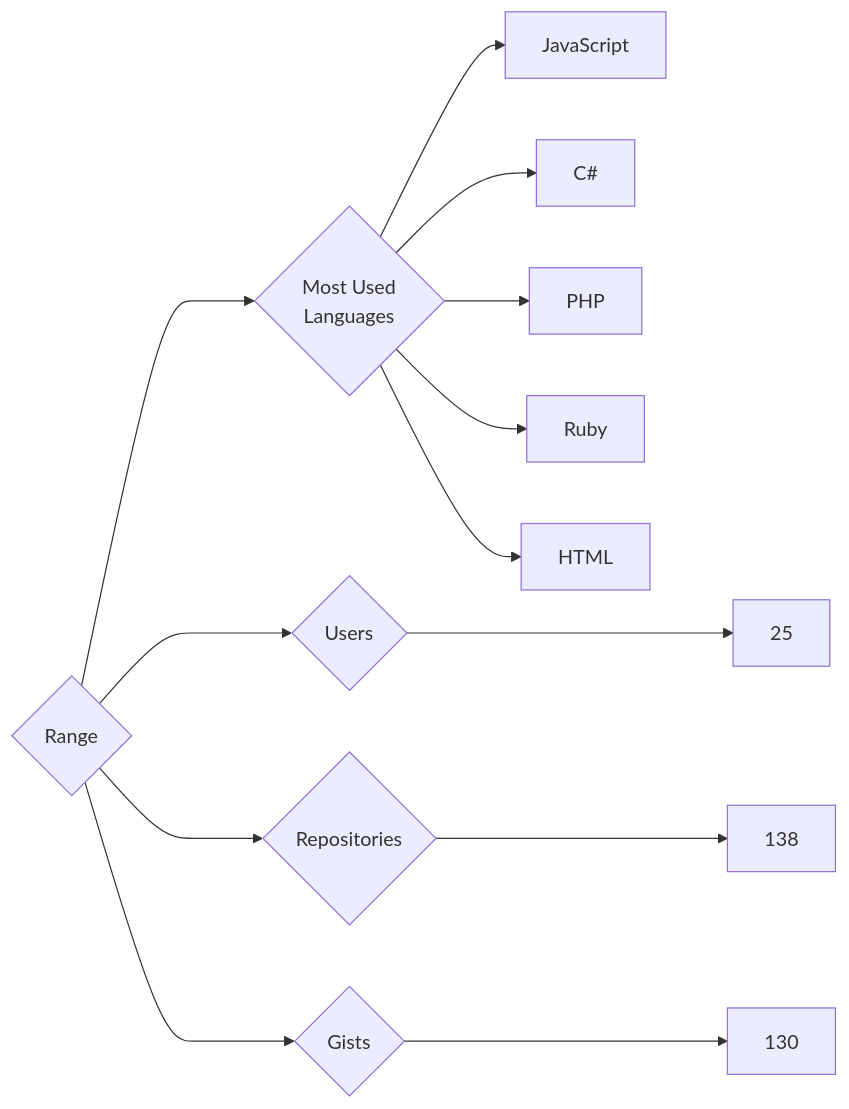
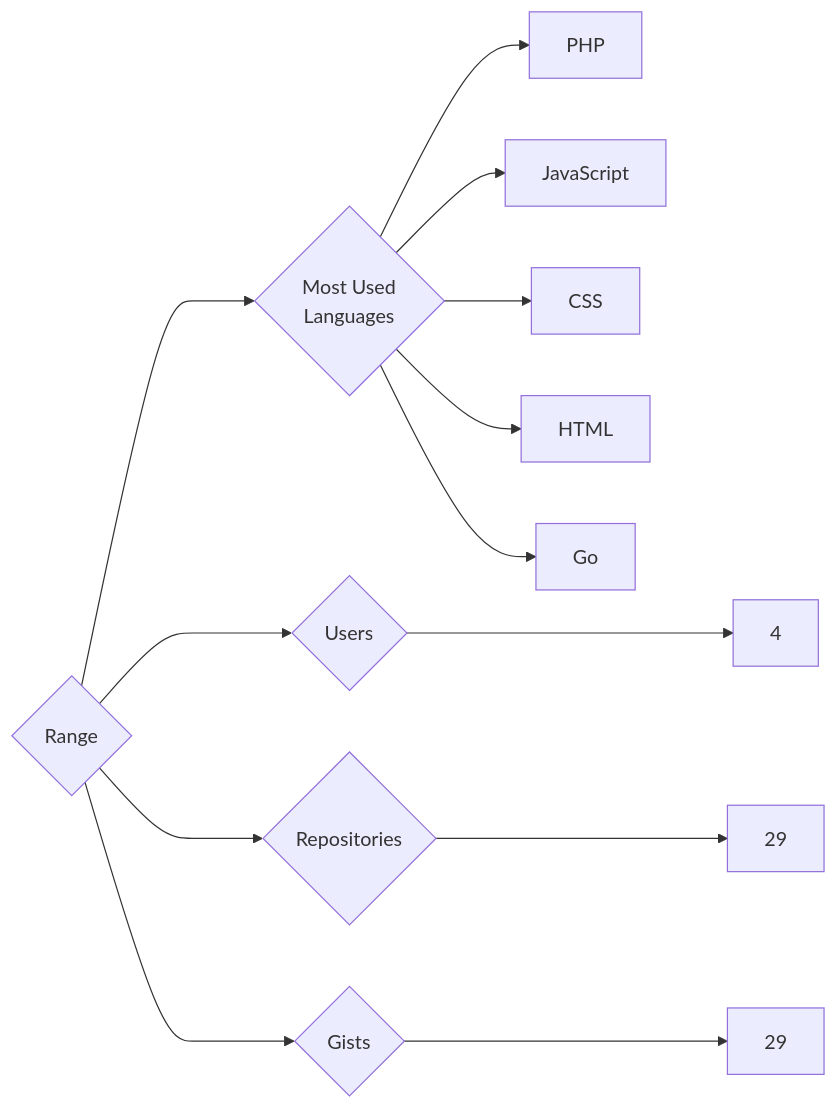
One commit to trickest/insiders changed the diagram in targets/Range/README.md. Above: the diagram before and after it, drawn with Mermaid. The commit also changed 939 other files, not shown here.

````diff
--- a/targets/Range/README.md
+++ b/targets/Range/README.md
@@ -3,13 +3,13 @@
 ```mermaid
 graph LR
 COMPANY_NAME{Range}
-COMPANY_NAME ---> U{Users} ---> UN[25]
-COMPANY_NAME ---> R{Repositories} ---> RN[138]
-COMPANY_NAME ---> G{Gists} ---> GN[130]
+COMPANY_NAME ---> U{Users} ---> UN[4]
+COMPANY_NAME ---> R{Repositories} ---> RN[29]
+COMPANY_NAME ---> G{Gists} ---> GN[29]
 COMPANY_NAME ---> ML{Most Used<br>Languages}
+ML --> PHP[PHP]
 ML --> JavaScript[JavaScript]
-ML --> C#[C#]
-ML --> PHP[PHP]
-ML --> Ruby[Ruby]
+ML --> CSS[CSS]
 ML --> HTML[HTML]
+ML --> Go[Go]
 ```
````
